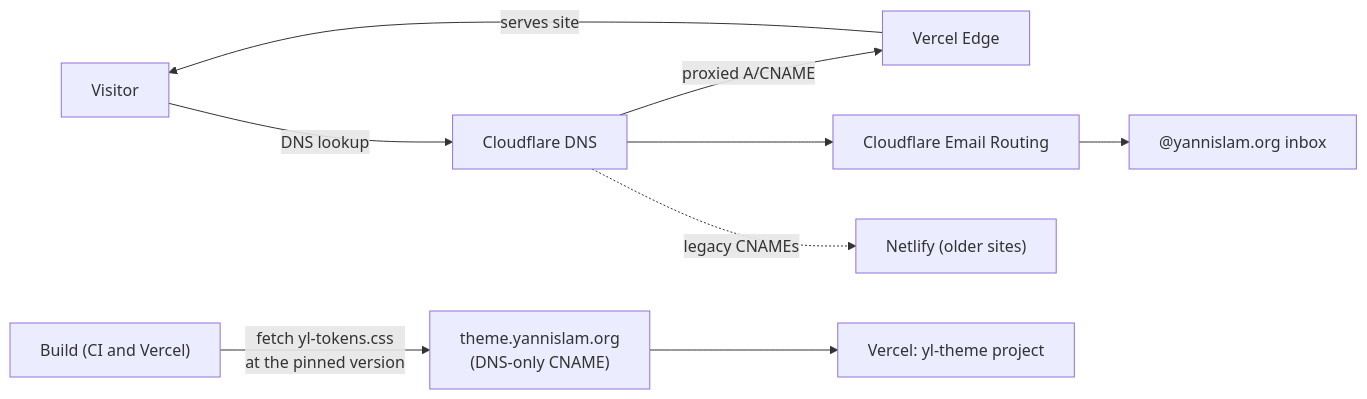
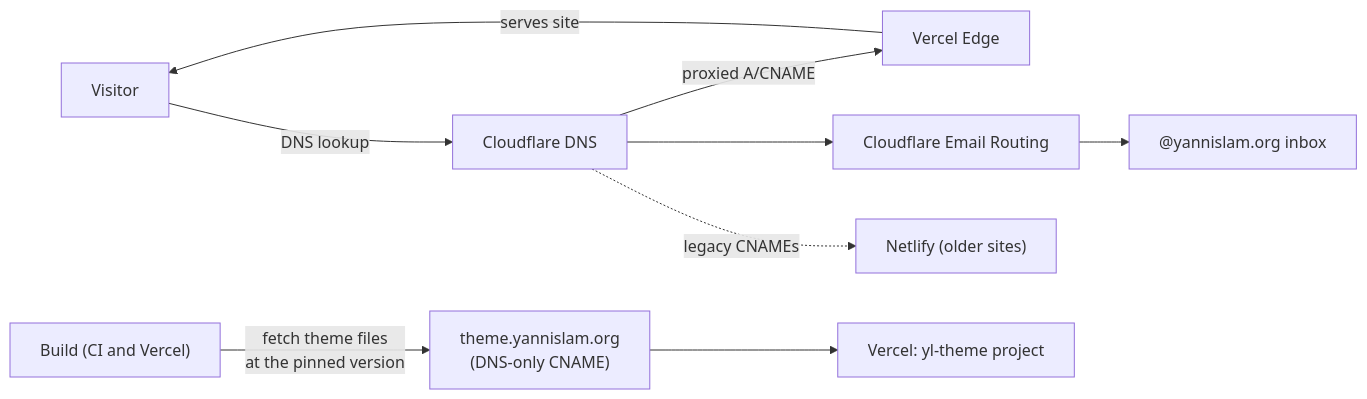
One commit to AardeYamz/v3.yannislam.org changed the second of 2 diagrams in wiki/CI-CD-and-Deployment.md. Above: the diagram before and after it, drawn with Mermaid. The commit also changed other lines of this file and 10 other files, not shown here.

````diff
--- a/wiki/CI-CD-and-Deployment.md
+++ b/wiki/CI-CD-and-Deployment.md
@@ -66,12 +76,12 @@
 ```mermaid
 flowchart LR
     Visitor["Visitor"] -->|"DNS lookup"| CF["Cloudflare DNS"]
     CF -->|"proxied A/CNAME"| Vercel["Vercel Edge"]
     Vercel -->|"serves site"| Visitor
 
     CF --> Mail["Cloudflare Email Routing"] --> Inbox["@yannislam.org inbox"]
     CF -.->|"legacy CNAMEs"| Netlify["Netlify (older sites)"]
 
-    Build["Build (CI and Vercel)"] -->|"fetch yl-tokens.css<br/>at the pinned version"| ThemeCF["theme.yannislam.org<br/>(DNS-only CNAME)"]
+    Build["Build (CI and Vercel)"] -->|"fetch theme files<br/>at the pinned version"| ThemeCF["theme.yannislam.org<br/>(DNS-only CNAME)"]
     ThemeCF --> ThemeVercel["Vercel: yl-theme project"]
 ```
````
